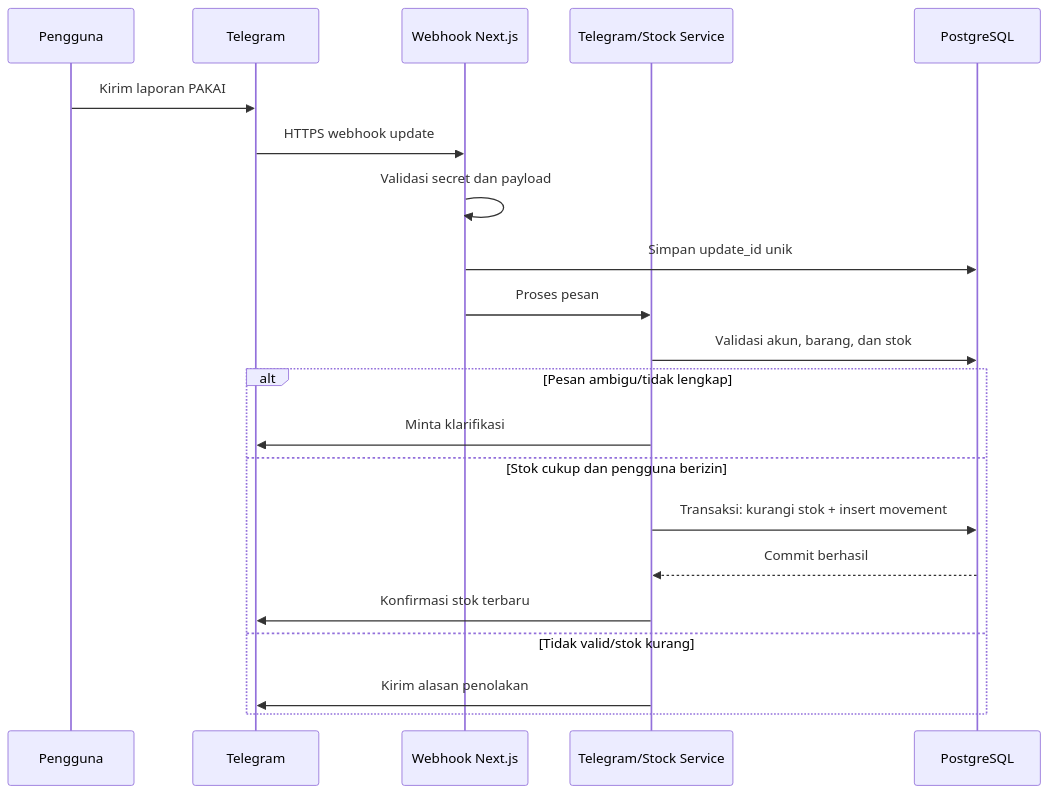
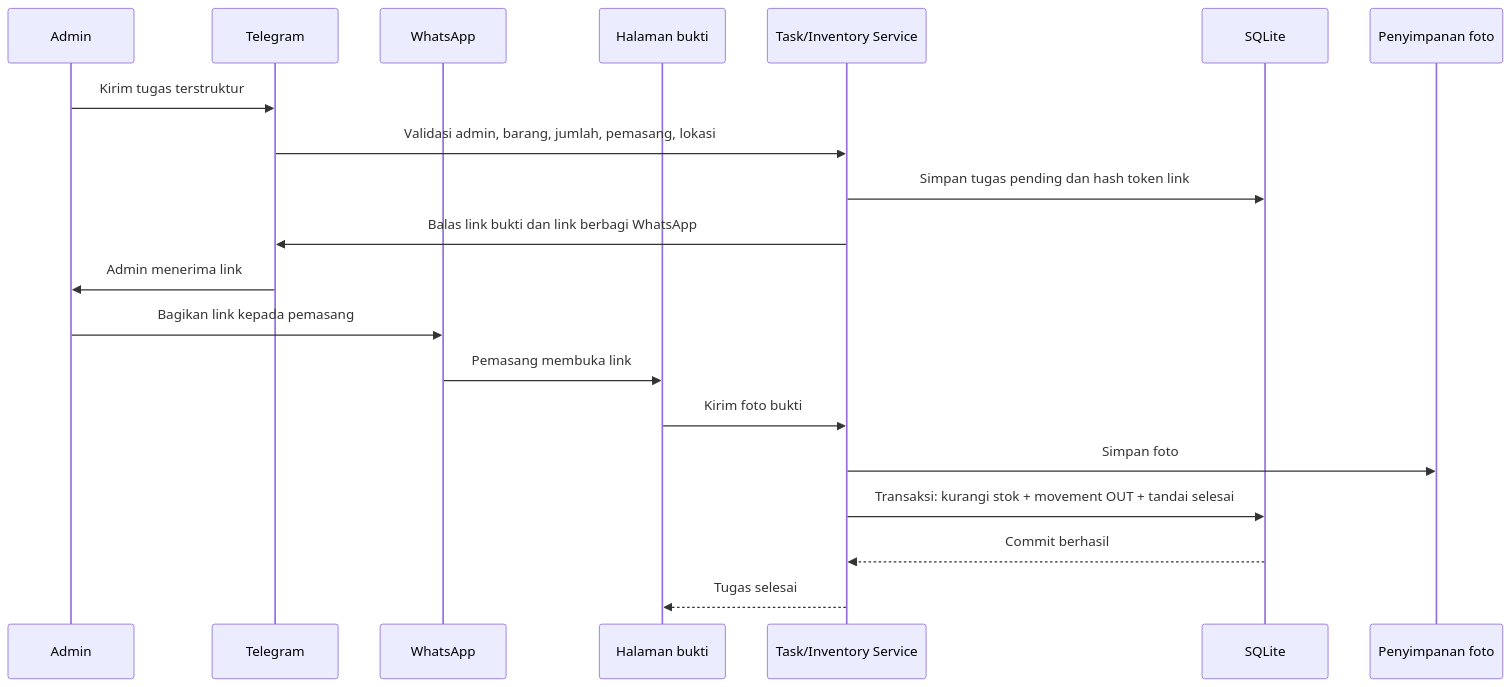
Before and after one commit to MadeDaniArdana/Stok_Bot: the second of 2 diagrams in Doc/05-Arsitektur.md, drawn with Mermaid. The commit also changed other lines of this file and 24 other files, not shown here.

Commit message:
Implement installation task photo flow

````diff
--- a/Doc/05-Arsitektur.md
+++ b/Doc/05-Arsitektur.md
@@ -39,24 +43,23 @@
 ```mermaid
 sequenceDiagram
-  participant U as Pengguna
+  participant A as Admin
   participant T as Telegram
-  participant W as Webhook Next.js
-  participant S as Telegram/Stock Service
-  participant D as PostgreSQL
+  participant W as WhatsApp
+  participant P as Halaman bukti
+  participant S as Task/Inventory Service
+  participant D as SQLite
+  participant F as Penyimpanan foto
 
-  U->>T: Kirim laporan PAKAI
-  T->>W: HTTPS webhook update
-  W->>W: Validasi secret dan payload
-  W->>D: Simpan update_id unik
-  W->>S: Proses pesan
-  S->>D: Validasi akun, barang, dan stok
-  alt Pesan ambigu/tidak lengkap
-    S->>T: Minta klarifikasi
-  else Stok cukup dan pengguna berizin
-    S->>D: Transaksi: kurangi stok + insert movement
-    D-->>S: Commit berhasil
-    S->>T: Konfirmasi stok terbaru
-  else Tidak valid/stok kurang
-    S->>T: Kirim alasan penolakan
-  end
+  A->>T: Kirim tugas terstruktur
+  T->>S: Validasi admin, barang, jumlah, pemasang, lokasi
+  S->>D: Simpan tugas pending dan hash token link
+  S->>T: Balas link bukti dan link berbagi WhatsApp
+  T->>A: Admin menerima link
+  A->>W: Bagikan link kepada pemasang
+  W->>P: Pemasang membuka link
+  P->>S: Kirim foto bukti
+  S->>F: Simpan foto
+  S->>D: Transaksi: kurangi stok + movement OUT + tandai selesai
+  D-->>S: Commit berhasil
+  S-->>P: Tugas selesai
 ```
````
